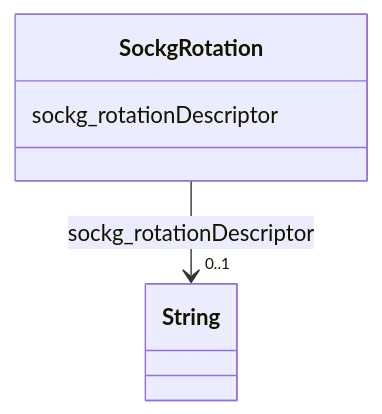
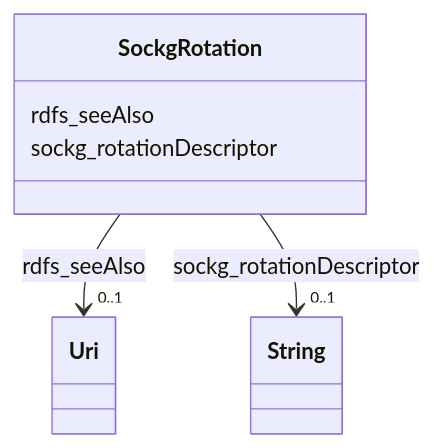
One commit to frink-okn/graph-descriptions changed the diagram in soc-kg/classes/SockgRotation.md. Above: the diagram before and after it, drawn with Mermaid. The commit also changed other lines of this file and 941 other files, not shown here.

````diff
--- a/soc-kg/classes/SockgRotation.md
+++ b/soc-kg/classes/SockgRotation.md
@@ -19,15 +23,24 @@
 ```mermaid
  classDiagram
     class SockgRotation
     click SockgRotation href "../SockgRotation"
+      SockgRotation : rdfs_seeAlso
+        
+          
+    
+    
+    SockgRotation --> "0..1" Uri : rdfs_seeAlso
+    click Uri href "../Uri"
+
+        
       SockgRotation : sockg_rotationDescriptor
         
           
     
     
     SockgRotation --> "0..1" String : sockg_rotationDescriptor
     click String href "../String"
 
         
       
 ```
````
